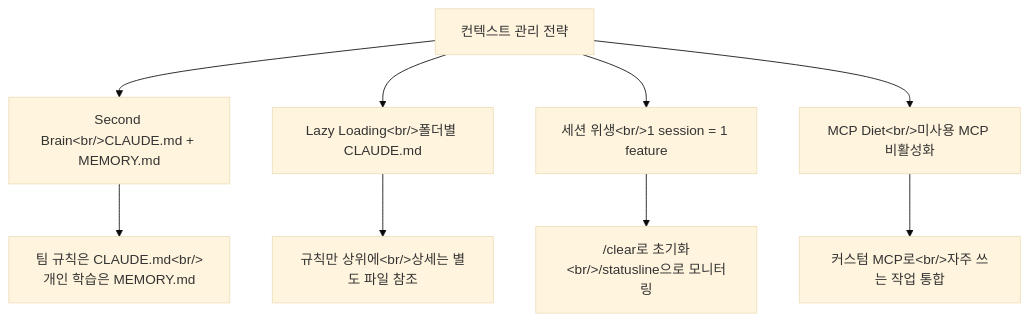
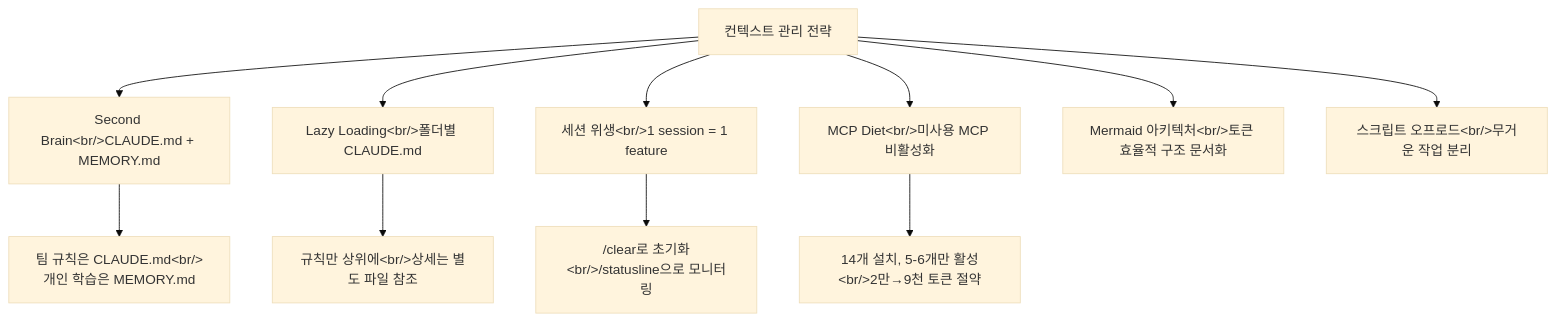
One commit to ice-ice-bear/ice-ice-bear.github.io changed the second of 4 diagrams in content/posts/2026-03-19-claude-code-practical-guide.md. Above: the diagram before and after it, drawn with Mermaid (base theme). The commit also changed other lines of this file, not shown here.

Commit message:
Update tech log: 2026-03-19-claude-code-practical-guide.md

````diff
--- a/content/posts/2026-03-19-claude-code-practical-guide.md
+++ b/content/posts/2026-03-19-claude-code-practical-guide.md
@@ -64,11 +119,13 @@
 ```mermaid
 flowchart TD
     A["컨텍스트 관리 전략"] --> B["Second Brain&lt;br/&gt;CLAUDE.md + MEMORY.md"]
     A --> C["Lazy Loading&lt;br/&gt;폴더별 CLAUDE.md"]
     A --> D["세션 위생&lt;br/&gt;1 session = 1 feature"]
     A --> E["MCP Diet&lt;br/&gt;미사용 MCP 비활성화"]
-    B --> F["팀 규칙은 CLAUDE.md&lt;br/&gt;개인 학습은 MEMORY.md"]
-    C --> G["규칙만 상위에&lt;br/&gt;상세는 별도 파일 참조"]
-    D --> H["/clear로 초기화&lt;br/&gt;/statusline으로 모니터링"]
-    E --> I["커스텀 MCP로&lt;br/&gt;자주 쓰는 작업 통합"]
+    A --> F["Mermaid 아키텍처&lt;br/&gt;토큰 효율적 구조 문서화"]
+    A --> G["스크립트 오프로드&lt;br/&gt;무거운 작업 분리"]
+    B --> B1["팀 규칙은 CLAUDE.md&lt;br/&gt;개인 학습은 MEMORY.md"]
+    C --> C1["규칙만 상위에&lt;br/&gt;상세는 별도 파일 참조"]
+    D --> D1["/clear로 초기화&lt;br/&gt;/statusline으로 모니터링"]
+    E --> E1["14개 설치, 5-6개만 활성&lt;br/&gt;2만→9천 토큰 절약"]
 ```
````
